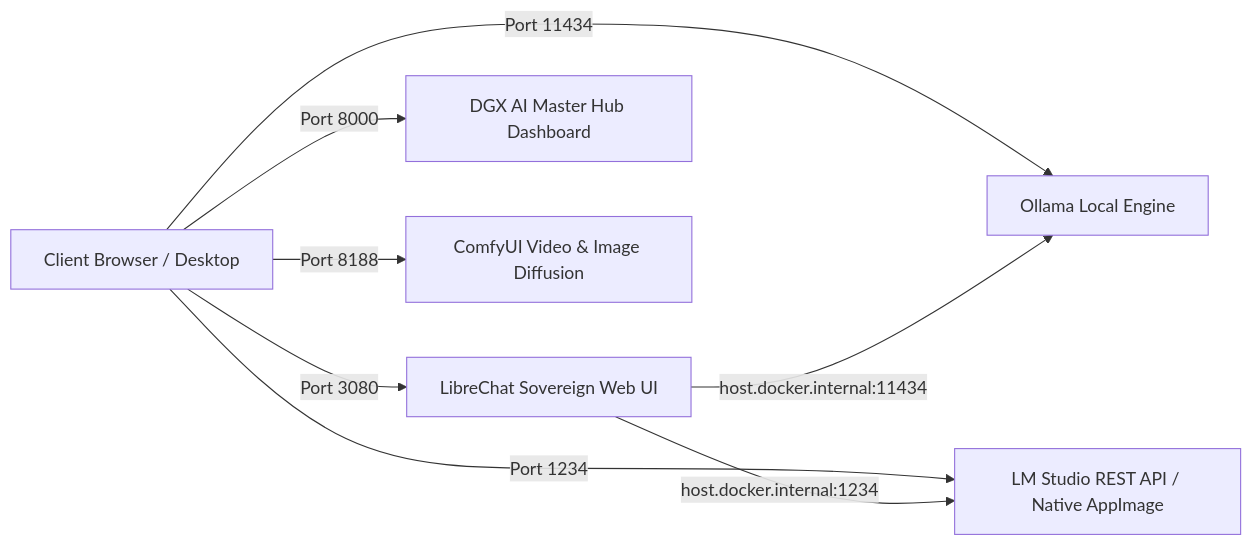
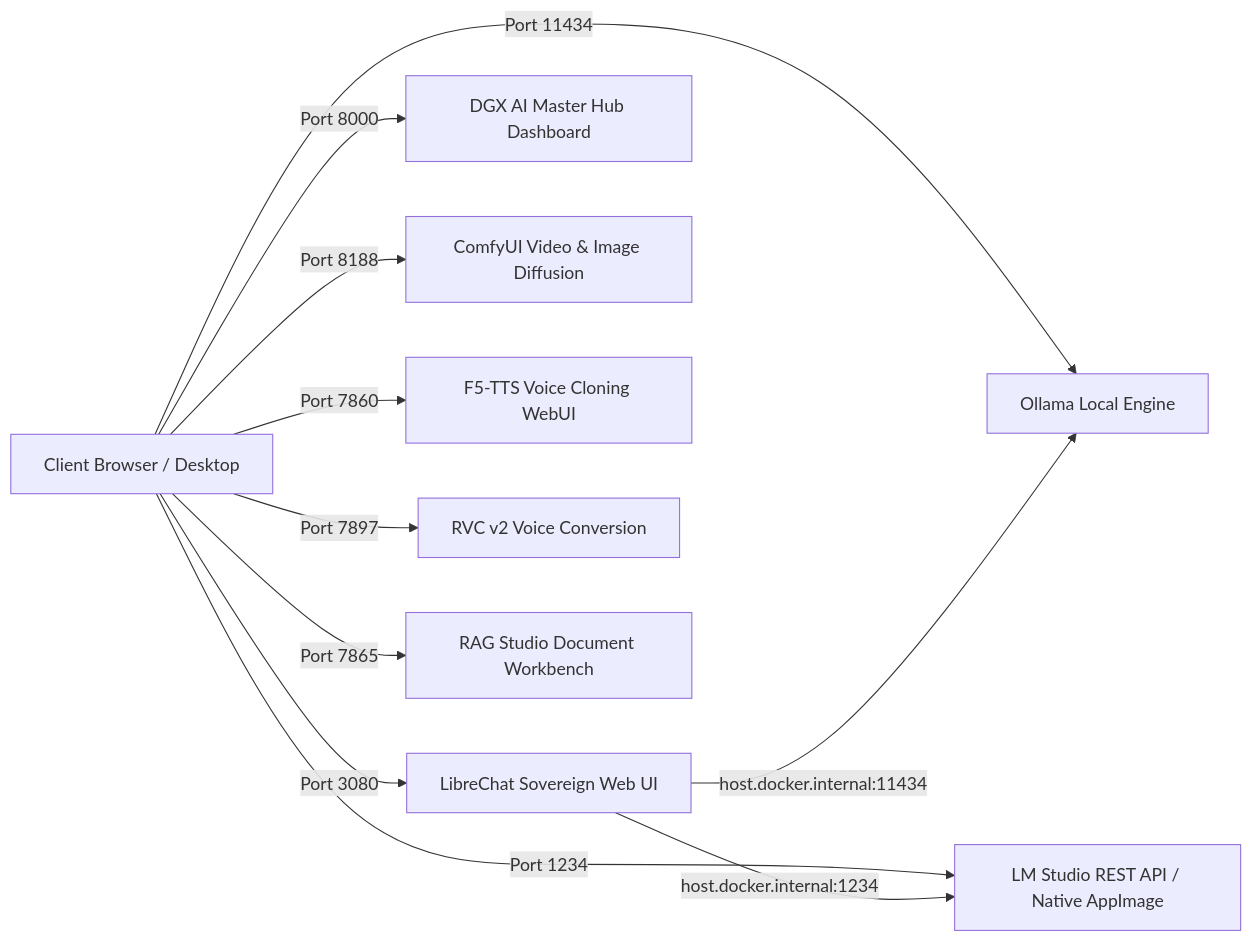
Before and after one commit to AjarnSpencer/dgx-spark-agentic-blueprint: the second of 2 diagrams in README.md, drawn with Mermaid. The commit also changed other lines of this file and 1 other file, not shown here.

Commit message:
feat: add sovereign video diffusion, voice cloning, ocr suite, and workspace venv architecture

````diff
--- a/README.md
+++ b/README.md
@@ -96,11 +185,14 @@
 ```mermaid
 flowchart LR
     Browser["Client Browser / Desktop"] -->|Port 3080| LibreChat["LibreChat Sovereign Web UI"]
     Browser -->|Port 8000| AIHub["DGX AI Master Hub Dashboard"]
     Browser -->|Port 1234| LMStudio["LM Studio REST API / Native AppImage"]
     Browser -->|Port 11434| Ollama["Ollama Local Engine"]
     Browser -->|Port 8188| ComfyUI["ComfyUI Video & Image Diffusion"]
+    Browser -->|Port 7860| F5TTS["F5-TTS Voice Cloning WebUI"]
+    Browser -->|Port 7897| RVC["RVC v2 Voice Conversion"]
+    Browser -->|Port 7865| RAGStudio["RAG Studio Document Workbench"]
 
     LibreChat -->|host.docker.internal:11434| Ollama
     LibreChat -->|host.docker.internal:1234| LMStudio
 ```
````
